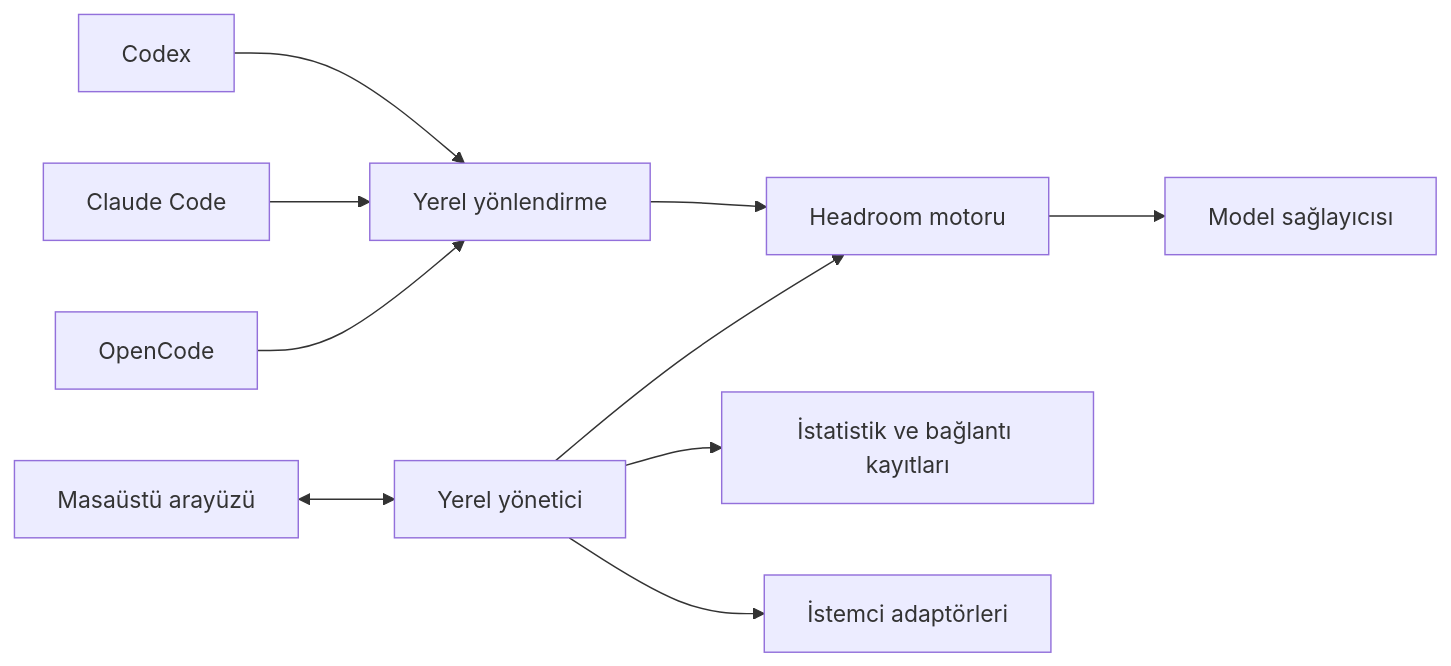
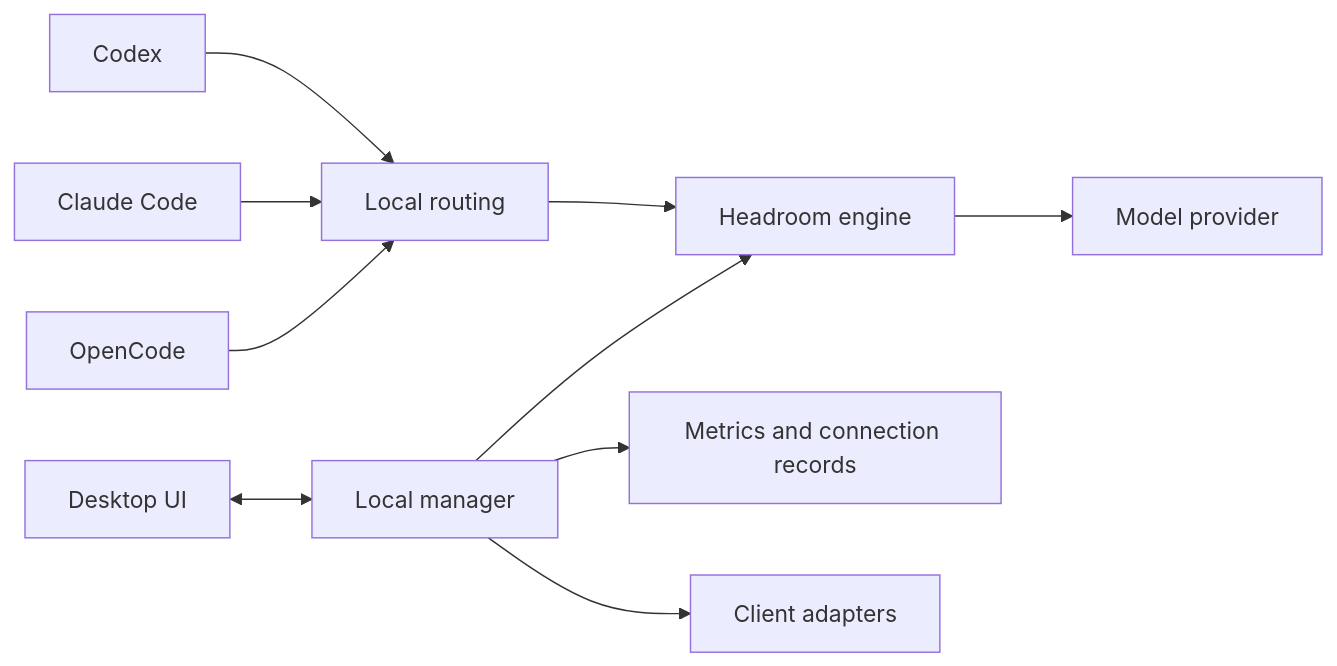
Before and after one commit to yukselbuilds/PennyPinch: the diagram in HEADROOM_DESKTOP_SPEC.md, drawn with Mermaid. The commit also changed other lines of this file and 20 other files, not shown here.

````diff
--- a/HEADROOM_DESKTOP_SPEC.md
+++ b/HEADROOM_DESKTOP_SPEC.md
@@ -288,12 +286,12 @@
-```mermaid
+~~~mermaid
 flowchart LR
-    C[Codex] --> R[Yerel yönlendirme]
+    C[Codex] --> R[Local routing]
     A[Claude Code] --> R
     O[OpenCode] --> R
-    R --> H[Headroom motoru]
-    H --> P[Model sağlayıcısı]
-    U[Masaüstü arayüzü] <--> M[Yerel yönetici]
+    R --> H[Headroom engine]
+    H --> P[Model provider]
+    U[Desktop UI] <--> M[Local manager]
     M --> H
-    M --> D[İstatistik ve bağlantı kayıtları]
-    M --> I[İstemci adaptörleri]
-```
+    M --> D[Metrics and connection records]
+    M --> I[Client adapters]
+~~~
````
